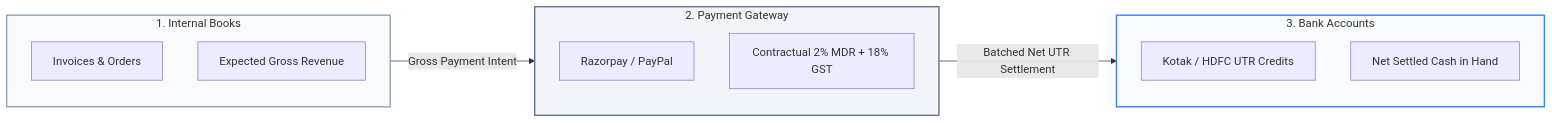
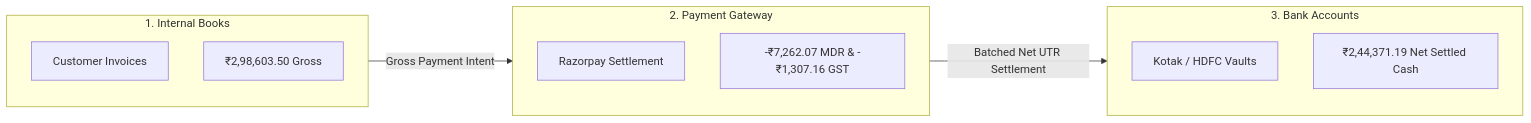
The first of 4 diagrams in README.md (sharancode3/Finora), drawn with Mermaid before and after one commit. The commit also changed other lines of this file and 32 other files, not shown here.

Commit message:
feat: complete Phase 0-10 final sprint, multi-brain Gemma 3 architecture, site-wide consistency, and institutional README

````diff
--- a/README.md
+++ b/README.md
@@ -66,27 +69,23 @@
 ```mermaid
 flowchart LR
     subgraph Books["1. Internal Books"]
         direction TB
-        B1["Invoices & Orders"]
-        B2["Expected Gross Revenue"]
+        B1["Customer Invoices"]
+        B2["₹2,98,603.50 Gross"]
     end
 
     subgraph Gateway["2. Payment Gateway"]
         direction TB
-        G1["Razorpay / PayPal"]
-        G2["Contractual 2% MDR + 18% GST"]
+        G1["Razorpay Settlement"]
+        G2["-₹7,262.07 MDR & -₹1,307.16 GST"]
     end
 
     subgraph Bank["3. Bank Accounts"]
         direction TB
-        K1["Kotak / HDFC UTR Credits"]
-        K2["Net Settled Cash in Hand"]
+        K1["Kotak / HDFC Vaults"]
+        K2["₹2,44,371.19 Net Settled Cash"]
     end
 
     Books -->|"Gross Payment Intent"| Gateway
     Gateway -->|"Batched Net UTR Settlement"| Bank
-    
-    style Books fill:#f8fafc,stroke:#94a3b8,stroke-width:2px
-    style Gateway fill:#f1f5f9,stroke:#64748b,stroke-width:2px
-    style Bank fill:#f8fafc,stroke:#3b82f6,stroke-width:2px
 ```
````
